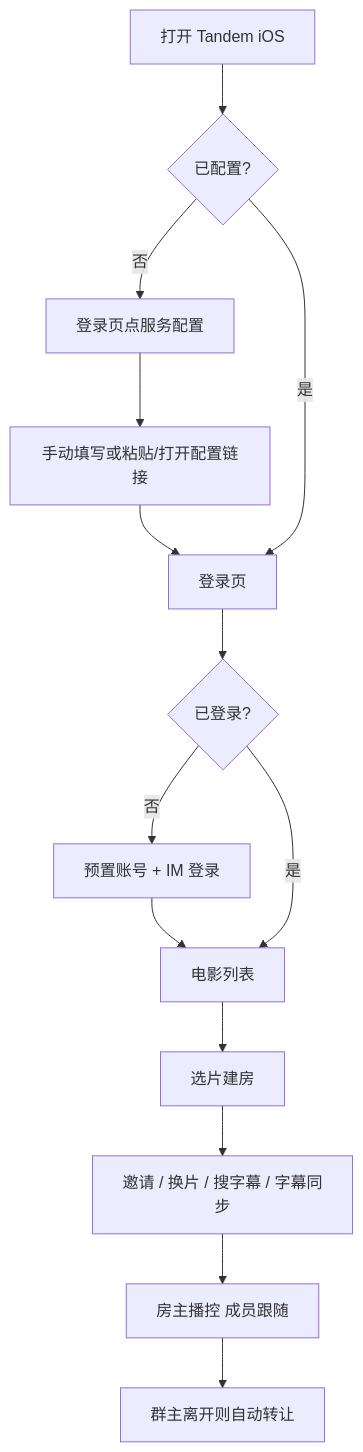
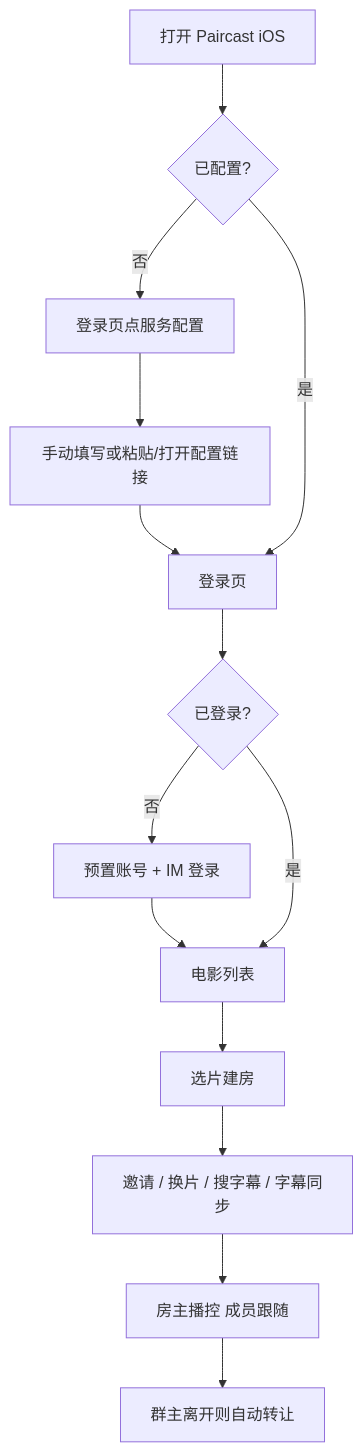
The diagram in docs/PRD.md (chaishuanzhu/Paircast), drawn with Mermaid before and after one commit. The commit also changed other lines of this file and 56 other files, not shown here.

Commit message:
Rename Tandem to Paircast and drop tandem://, tandem_, and _tandem compatibility.

````diff
--- a/docs/PRD.md
+++ b/docs/PRD.md
@@ -728,16 +728,16 @@
 ```mermaid
 flowchart TD
-  A[打开 Tandem iOS] --> B{已配置?}
+  A[打开 Paircast iOS] --> B{已配置?}
   B -->|否| C[登录页点服务配置]
   C --> D[手动填写或粘贴/打开配置链接]
   D --> E[登录页]
   B -->|是| E
   E --> F{已登录?}
   F -->|否| G[预置账号 + IM 登录]
   G --> H[电影列表]
   F -->|是| H
   H --> I[选片建房]
   I --> J[邀请 / 换片 / 搜字幕 / 字幕同步]
   J --> K[房主播控 成员跟随]
   K --> L[群主离开则自动转让]
 ```
````
